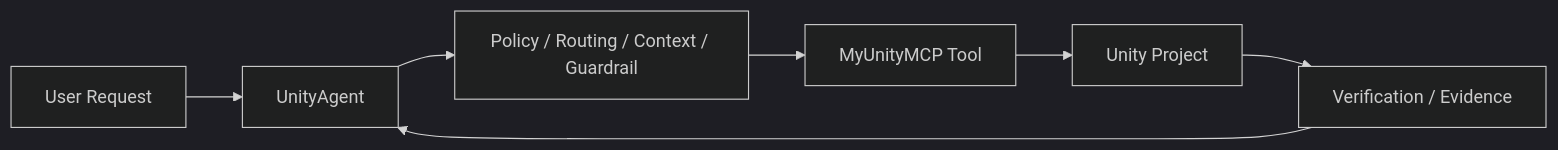
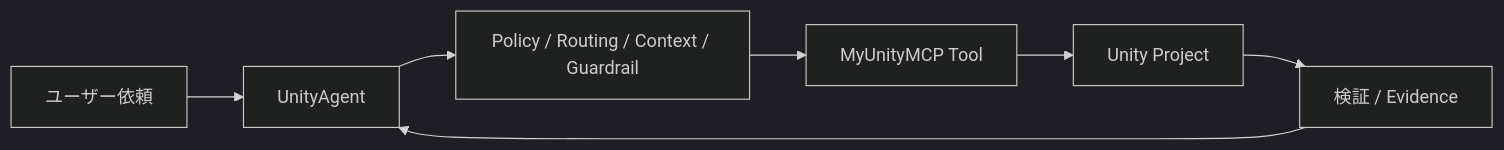
The third of 3 diagrams in README.md (DarumaPPAP/UnityAgent), drawn with Mermaid (dark theme) before and after one commit. The commit also changed other lines of this file and 12 other files, not shown here.

Commit message:
Japanese-localize all UnityAgent README documentation

````diff
--- a/README.md
+++ b/README.md
@@ -352,9 +352,9 @@
 ```mermaid
 flowchart LR
-    U[User Request] --> A[UnityAgent]
+    U[ユーザー依頼] --> A[UnityAgent]
     A --> G[Policy / Routing / Context / Guardrail]
     G --> M[MyUnityMCP Tool]
     M --> P[Unity Project]
-    P --> V[Verification / Evidence]
+    P --> V[検証 / Evidence]
     V --> A
 ```
````
